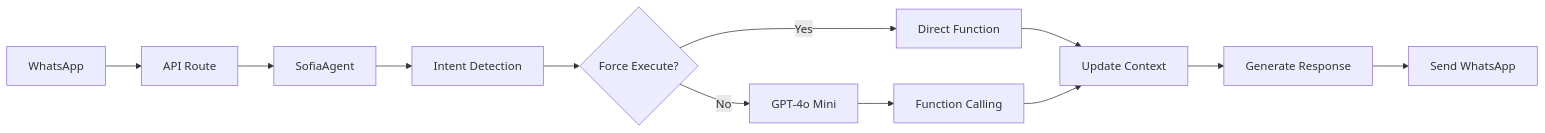
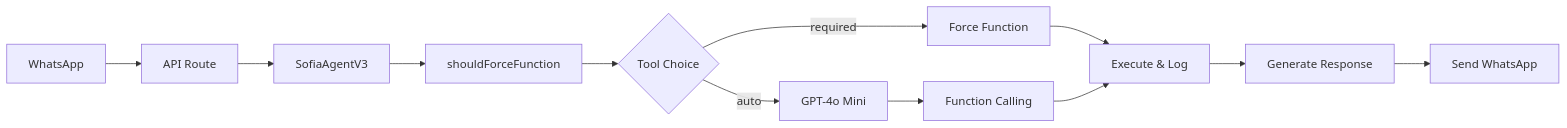
The second of 2 diagrams in SOFIA.md (IgorGewehr/locai), drawn with Mermaid before and after one commit. The commit also changed other lines of this file and 43 other files, not shown here.

````diff
--- a/SOFIA.md
+++ b/SOFIA.md
@@ -357,14 +396,14 @@
 ```mermaid
 graph LR
     A[WhatsApp] --> B[API Route]
-    B --> C[SofiaAgent]
-    C --> D[Intent Detection]
-    D --> E{Force Execute?}
-    E -->|Yes| F[Direct Function]
-    E -->|No| G[GPT-4o Mini]
+    B --> C[SofiaAgentV3]
+    C --> D[shouldForceFunction]
+    D --> E{Tool Choice}
+    E -->|required| F[Force Function]
+    E -->|auto| G[GPT-4o Mini]
     G --> H[Function Calling]
-    F --> I[Update Context]
+    F --> I[Execute & Log]
     H --> I
     I --> J[Generate Response]
     J --> K[Send WhatsApp]
 ```
````
